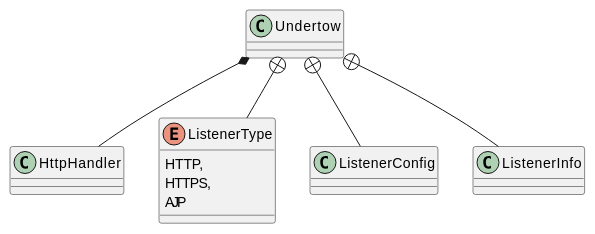
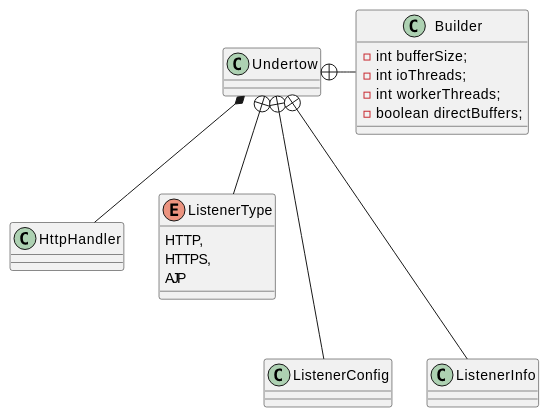
One commit to onlyonion/development changed the diagram in docs/20-framework/src/server/undertow/undertow-core/Undertow.md. Above: the diagram before and after it, drawn with PlantUML. The commit also changed other lines of this file and 49 other files, not shown here.

````diff
--- a/docs/20-framework/src/server/undertow/undertow-core/Undertow.md
+++ b/docs/20-framework/src/server/undertow/undertow-core/Undertow.md
@@ -10,21 +10,29 @@
 ```plantuml
 @startuml
 
 class Undertow
 
 Undertow *-- HttpHandler
 Undertow +-- ListenerType
-Undertow +-- ListenerConfig
-Undertow +-- ListenerInfo
+Undertow +--- ListenerConfig
+Undertow +--- ListenerInfo
+Undertow +- Builder
 
 enum ListenerType {
     HTTP,
     HTTPS,
     AJP
 }
  
 class ListenerConfig
 class ListenerInfo
 
+class Builder {
+    - int bufferSize;
+    - int ioThreads;
+    - int workerThreads;
+    - boolean directBuffers;
+}
+
 @enduml
 ```
````
